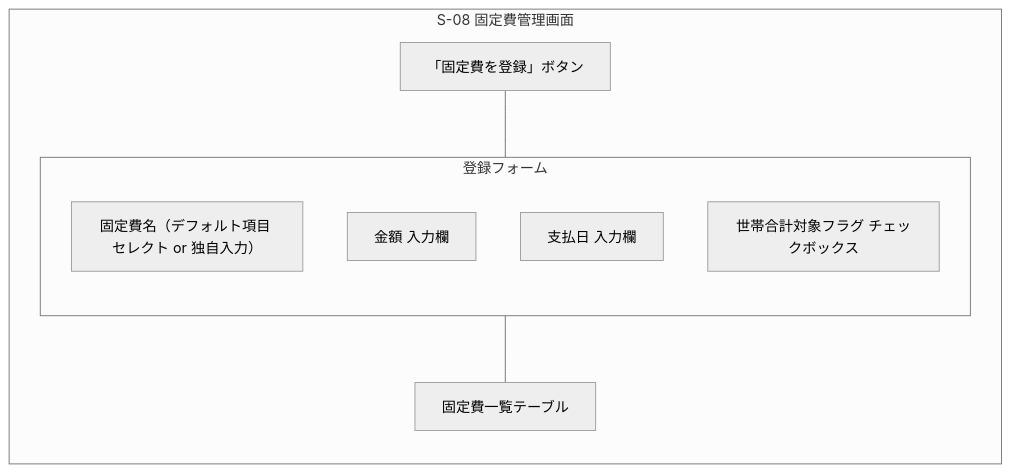
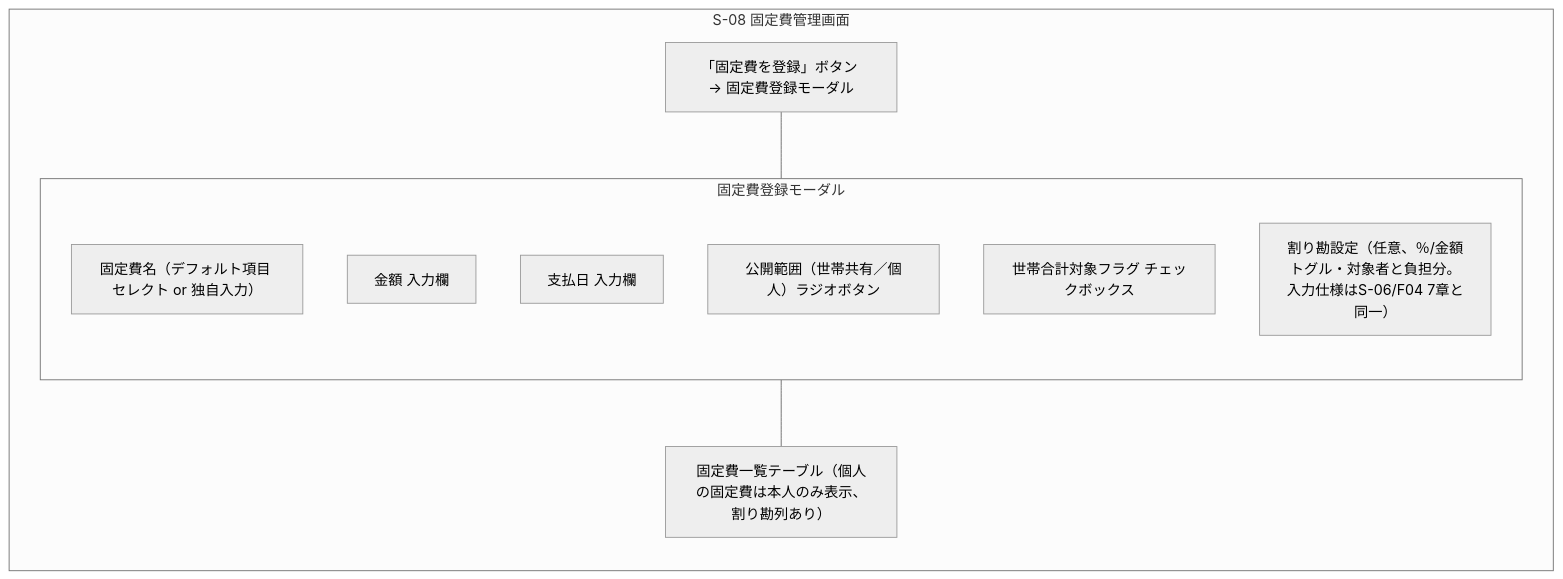
One commit to yamamotonaoki3/HomeLog changed the eighth of 18 diagrams in docs/details/wireframes.md. Above: the diagram before and after it, drawn with Mermaid (neutral theme). The commit also changed other lines of this file and 22 other files, not shown here.

````diff
--- a/docs/details/wireframes.md
+++ b/docs/details/wireframes.md
@@ -328,16 +367,18 @@
 ```mermaid
 flowchart TD
     subgraph Screen["S-08 固定費管理画面"]
         direction TB
-        AddBtn["「固定費を登録」ボタン"]
-        subgraph AddForm["登録フォーム"]
+        AddBtn["「固定費を登録」ボタン → 固定費登録モーダル"]
+        subgraph AddModal["固定費登録モーダル"]
             direction TB
             NameSelect["固定費名（デフォルト項目 セレクト or 独自入力）"]
             Amount["金額 入力欄"]
             PayDay["支払日 入力欄"]
+            Visibility["公開範囲（世帯共有／個人）ラジオボタン"]
             HouseholdFlag["世帯合計対象フラグ チェックボックス"]
+            Split["割り勘設定（任意、％/金額トグル・対象者と負担分。\n入力仕様はS-06/F04 7章と同一）"]
         end
-        List["固定費一覧テーブル"]
+        List["固定費一覧テーブル（個人の固定費は本人のみ表示、割り勘列あり）"]
     end
-    AddBtn --- AddForm --- List
+    AddBtn --- AddModal --- List
 ```
````
